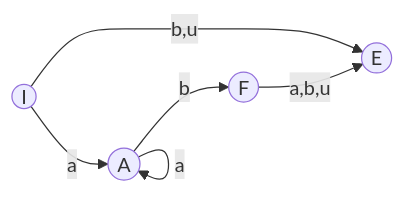
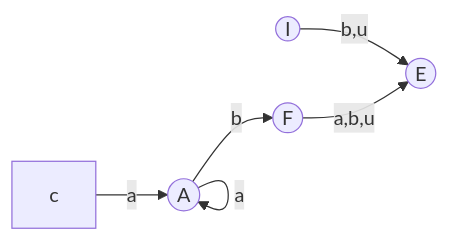
One commit to carnivuth/linguaggi_modelli_computazionali changed the diagram in pages/linguaggi_grammatiche/RICONOSCERE_LINGUAGGI_TIPO_3.md. Above: the diagram before and after it, drawn with Mermaid. The commit also changed other lines of this file and 26 other files, not shown here.

````diff
--- a/pages/linguaggi_grammatiche/RICONOSCERE_LINGUAGGI_TIPO_3.md
+++ b/pages/linguaggi_grammatiche/RICONOSCERE_LINGUAGGI_TIPO_3.md
@@ -25,12 +25,12 @@
 ```mermaid
 flowchart LR
 I((I))
 E((E))
 A((A))
 F((F))
-I --a--> A 
+c --a--> A
 I --b,u--> E
 F --a,b,u--> E
 A --b--> F
 A --a--> A
 ```
````
